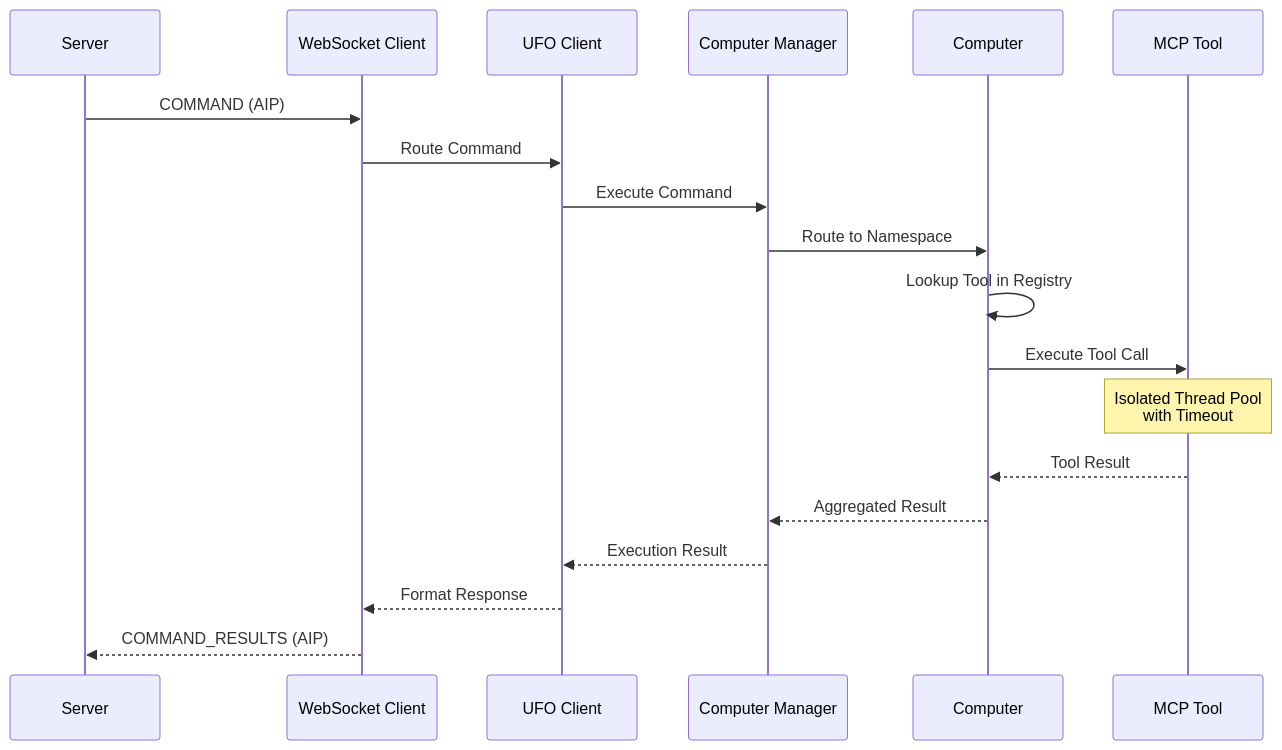
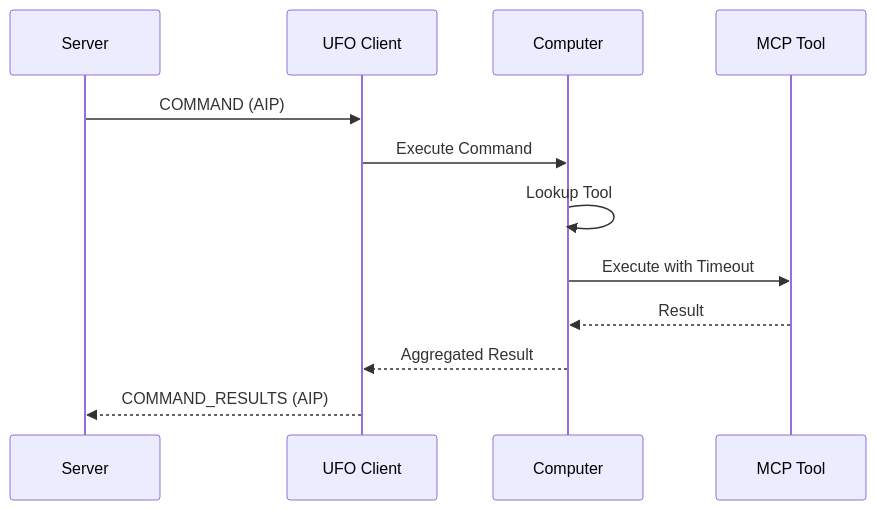
Before and after one commit to microsoft/UFO: the third of 9 diagrams in documents/docs/client/overview.md, drawn with Mermaid. The commit also changed other lines of this file and 7 other files, not shown here.

````diff
--- a/documents/docs/client/overview.md
+++ b/documents/docs/client/overview.md
@@ -151,24 +128,15 @@
 ```mermaid
 sequenceDiagram
     participant Server
-    participant WSClient as WebSocket Client
-    participant UFOClient as UFO Client
-    participant CompMgr as Computer Manager
+    participant Client as UFO Client
     participant Computer
     participant Tool as MCP Tool
     
-    Server->>WSClient: COMMAND (AIP)
-    WSClient->>UFOClient: Route Command
-    UFOClient->>CompMgr: Execute Command
-    CompMgr->>Computer: Route to Namespace
-    Computer->>Computer: Lookup Tool in Registry
-    Computer->>Tool: Execute Tool Call
-    
-    Note over Tool: Isolated Thread Pool<br/>with Timeout
-    
-    Tool-->>Computer: Tool Result
-    Computer-->>CompMgr: Aggregated Result
-    CompMgr-->>UFOClient: Execution Result
-    UFOClient-->>WSClient: Format Response
-    WSClient-->>Server: COMMAND_RESULTS (AIP)
+    Server->>Client: COMMAND (AIP)
+    Client->>Computer: Execute Command
+    Computer->>Computer: Lookup Tool
+    Computer->>Tool: Execute with Timeout
+    Tool-->>Computer: Result
+    Computer-->>Client: Aggregated Result
+    Client-->>Server: COMMAND_RESULTS (AIP)
 ```
````
